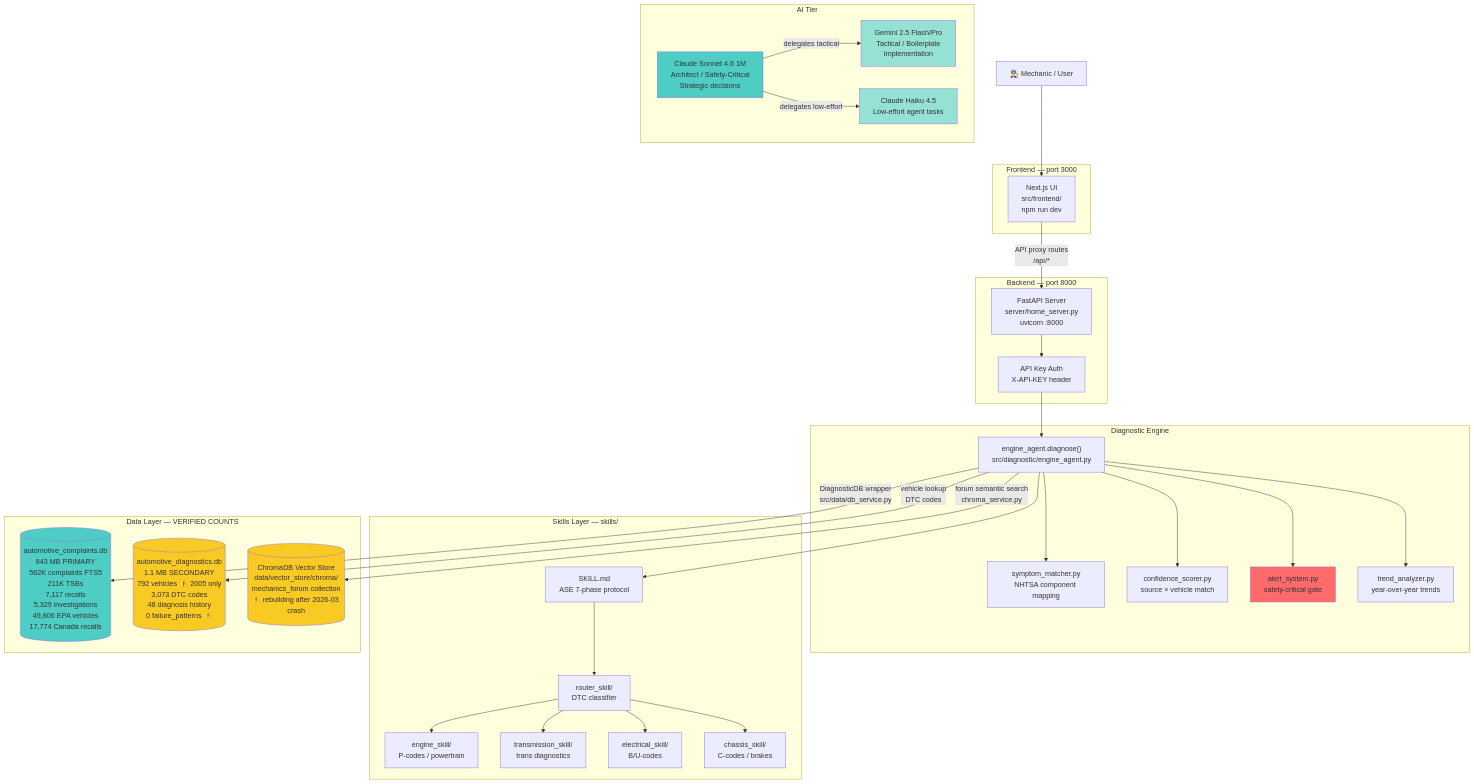
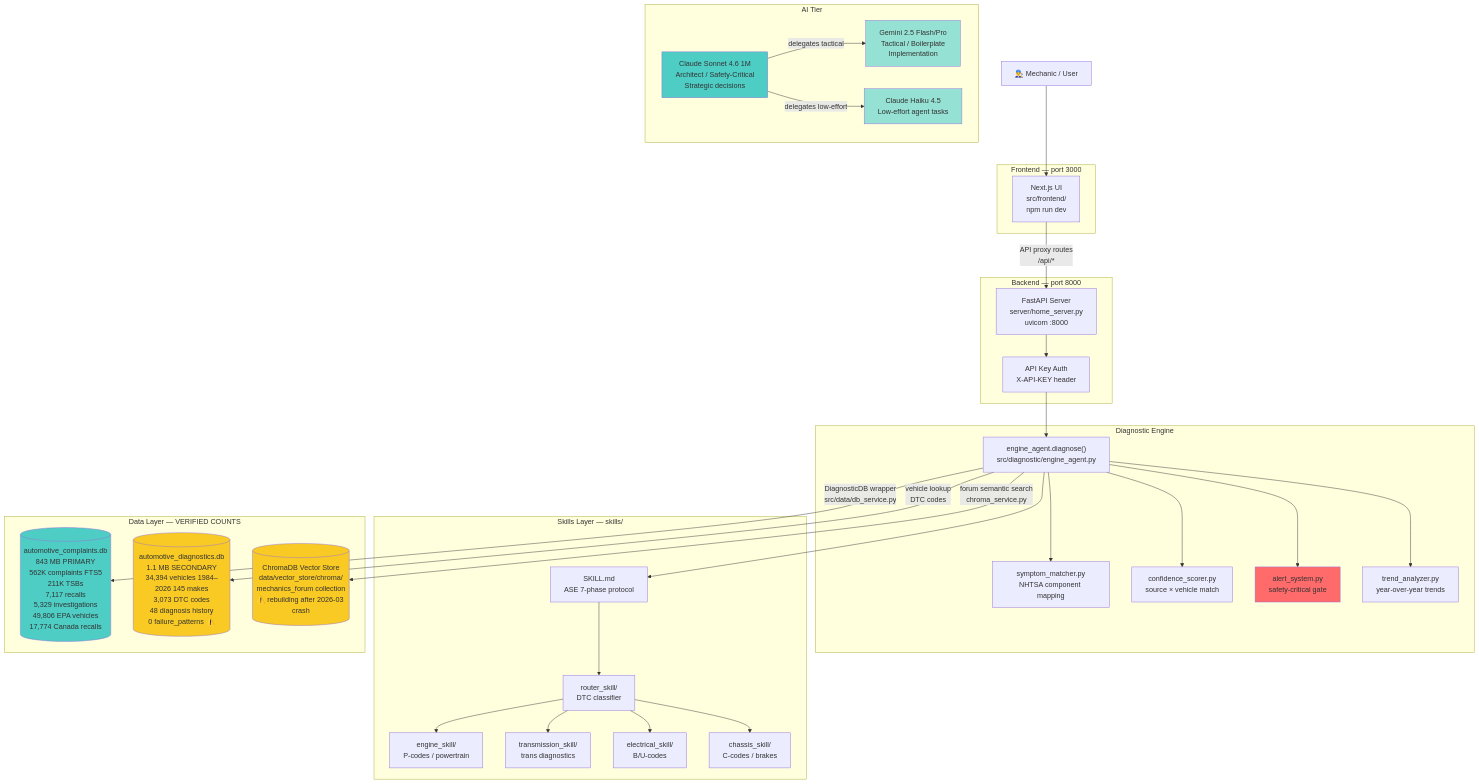
The first of 8 diagrams in .claude/docs/DIAGRAMS.md (MrPoteete/automotive-diagnostic-skills), drawn with Mermaid before and after one commit. The commit also changed 6 other files, not shown here.

````diff
--- a/.claude/docs/DIAGRAMS.md
+++ b/.claude/docs/DIAGRAMS.md
@@ -12,67 +12,67 @@
 ```mermaid
 graph TB
     User[👨‍🔧 Mechanic / User]
 
     subgraph "Frontend — port 3000"
         NextUI["Next.js UI\nsrc/frontend/\nnpm run dev"]
     end
 
     subgraph "Backend — port 8000"
         API["FastAPI Server\nserver/home_server.py\nuvicorn :8000"]
         Auth["API Key Auth\nX-API-KEY header"]
     end
 
     subgraph "Diagnostic Engine"
         EngineAgent["engine_agent.diagnose()\nsrc/diagnostic/engine_agent.py"]
         SymptomMatcher["symptom_matcher.py\nNHTSA component mapping"]
         ConfidenceScorer["confidence_scorer.py\nsource × vehicle match"]
         AlertSystem["alert_system.py\nsafety-critical gate"]
         TrendAnalyzer["trend_analyzer.py\nyear-over-year trends"]
     end
 
     subgraph "Skills Layer — skills/"
         MainSkill["SKILL.md\nASE 7-phase protocol"]
         RouterSkill["router_skill/\nDTC classifier"]
         EngineSkill["engine_skill/\nP-codes / powertrain"]
         TransSkill["transmission_skill/\ntrans diagnostics"]
         ElecSkill["electrical_skill/\nB/U-codes"]
         ChassisSkill["chassis_skill/\nC-codes / brakes"]
     end
 
     subgraph "Data Layer — VERIFIED COUNTS"
         ComplaintsDB[("automotive_complaints.db\n843 MB PRIMARY\n562K complaints FTS5\n211K TSBs\n7,117 recalls\n5,329 investigations\n49,806 EPA vehicles\n17,774 Canada recalls")]
-        DiagnosticsDB[("automotive_diagnostics.db\n1.1 MB SECONDARY\n792 vehicles ⚠️ 2005 only\n3,073 DTC codes\n48 diagnosis history\n0 failure_patterns ⚠️")]
+        DiagnosticsDB[("automotive_diagnostics.db\n1.1 MB SECONDARY\n34,394 vehicles 1984–2026 145 makes\n3,073 DTC codes\n48 diagnosis history\n0 failure_patterns ⚠️")]
         ChromaDB[("ChromaDB Vector Store\ndata/vector_store/chroma/\nmechanics_forum collection\n⚠️ rebuilding after 2026-03 crash")]
     end
 
     subgraph "AI Tier"
         Claude["Claude Sonnet 4.6 1M\nArchitect / Safety-Critical\nStrategic decisions"]
         Gemini["Gemini 2.5 Flash/Pro\nTactical / Boilerplate\nImplementation"]
         Haiku["Claude Haiku 4.5\nLow-effort agent tasks"]
     end
 
     User --> NextUI
     NextUI -->|"API proxy routes\n/api/*"| API
     API --> Auth
     Auth --> EngineAgent
     EngineAgent --> SymptomMatcher
     EngineAgent --> ConfidenceScorer
     EngineAgent --> AlertSystem
     EngineAgent --> TrendAnalyzer
     EngineAgent --> MainSkill
     MainSkill --> RouterSkill
     RouterSkill --> EngineSkill & TransSkill & ElecSkill & ChassisSkill
     EngineAgent -->|"DiagnosticDB wrapper\nsrc/data/db_service.py"| ComplaintsDB
     EngineAgent -->|"vehicle lookup\nDTC codes"| DiagnosticsDB
     EngineAgent -->|"forum semantic search\nchroma_service.py"| ChromaDB
     Claude -->|"delegates tactical"| Gemini
     Claude -->|"delegates low-effort"| Haiku
 
     style ComplaintsDB fill:#4ecdc4
     style DiagnosticsDB fill:#f9ca24
     style ChromaDB fill:#f9ca24
     style AlertSystem fill:#ff6b6b
     style Claude fill:#4ecdc4
     style Gemini fill:#95e1d3
     style Haiku fill:#95e1d3
 ```
````
